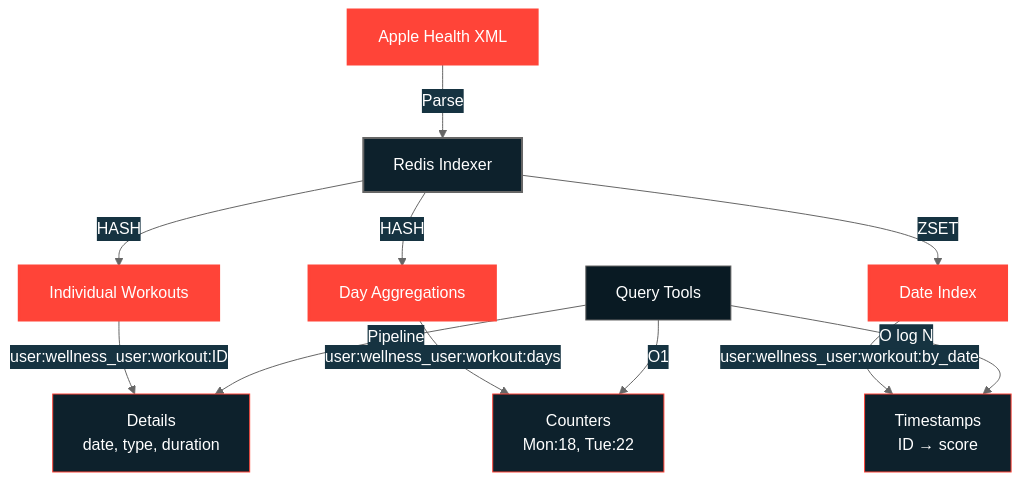
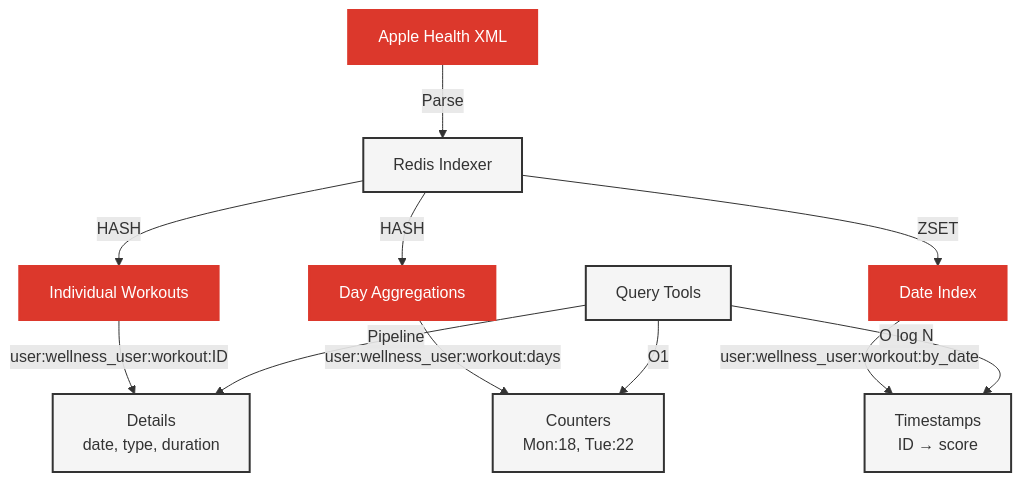
One commit to AllieRays/redis-wellness changed the third of 4 diagrams in docs/11_REDIS_PATTERNS.md. Above: the diagram before and after it, drawn with Mermaid. The commit also changed other lines of this file and 1 other file, not shown here.

Commit message:
Updates to mermaid.

````diff
--- a/docs/11_REDIS_PATTERNS.md
+++ b/docs/11_REDIS_PATTERNS.md
@@ -299,24 +300,26 @@
 ```mermaid
-%%{init: {'theme':'base', 'themeVariables': { 'primaryColor':'#0d212c', 'primaryTextColor':'#fff', 'primaryBorderColor':'#ff4438', 'lineColor':'#666', 'secondaryColor':'#163341', 'tertiaryColor':'#091a23'}}}%%
 flowchart TD
     A[Apple Health XML] -->|Parse| B[Redis Indexer]
 
     B -->|HASH| C[Individual Workouts]
     B -->|HASH| D[Day Aggregations]
     B -->|ZSET| E[Date Index]
 
     C -->|user:wellness_user:workout:ID| C1[Details<br/>date, type, duration]
     D -->|user:wellness_user:workout:days| D1[Counters<br/>Mon:18, Tue:22]
     E -->|user:wellness_user:workout:by_date| E1[Timestamps<br/>ID → score]
 
     F[Query Tools] -->|O1| D1
     F -->|O log N| E1
     F -->|Pipeline| C1
 
-    style A fill:#ff4438,stroke:#ff4438,color:#fff,stroke-width:3px
-    style B fill:#0d212c,stroke:#666,color:#fff,stroke-width:2px
-    style C fill:#ff4438,stroke:#ff4438,color:#fff,stroke-width:3px
-    style D fill:#ff4438,stroke:#ff4438,color:#fff,stroke-width:3px
-    style E fill:#ff4438,stroke:#ff4438,color:#fff,stroke-width:3px
-    style F fill:#091a23,stroke:#666,color:#fff
+    style A fill:#DC382C,stroke:#DC382C,stroke-width:2px,color:#fff
+    style B fill:#f5f5f5,stroke:#333,stroke-width:2px
+    style C fill:#DC382C,stroke:#DC382C,stroke-width:2px,color:#fff
+    style D fill:#DC382C,stroke:#DC382C,stroke-width:2px,color:#fff
+    style E fill:#DC382C,stroke:#DC382C,stroke-width:2px,color:#fff
+    style F fill:#f5f5f5,stroke:#333,stroke-width:2px
+    style C1 fill:#f5f5f5,stroke:#333,stroke-width:2px
+    style D1 fill:#f5f5f5,stroke:#333,stroke-width:2px
+    style E1 fill:#f5f5f5,stroke:#333,stroke-width:2px
 ```
````
